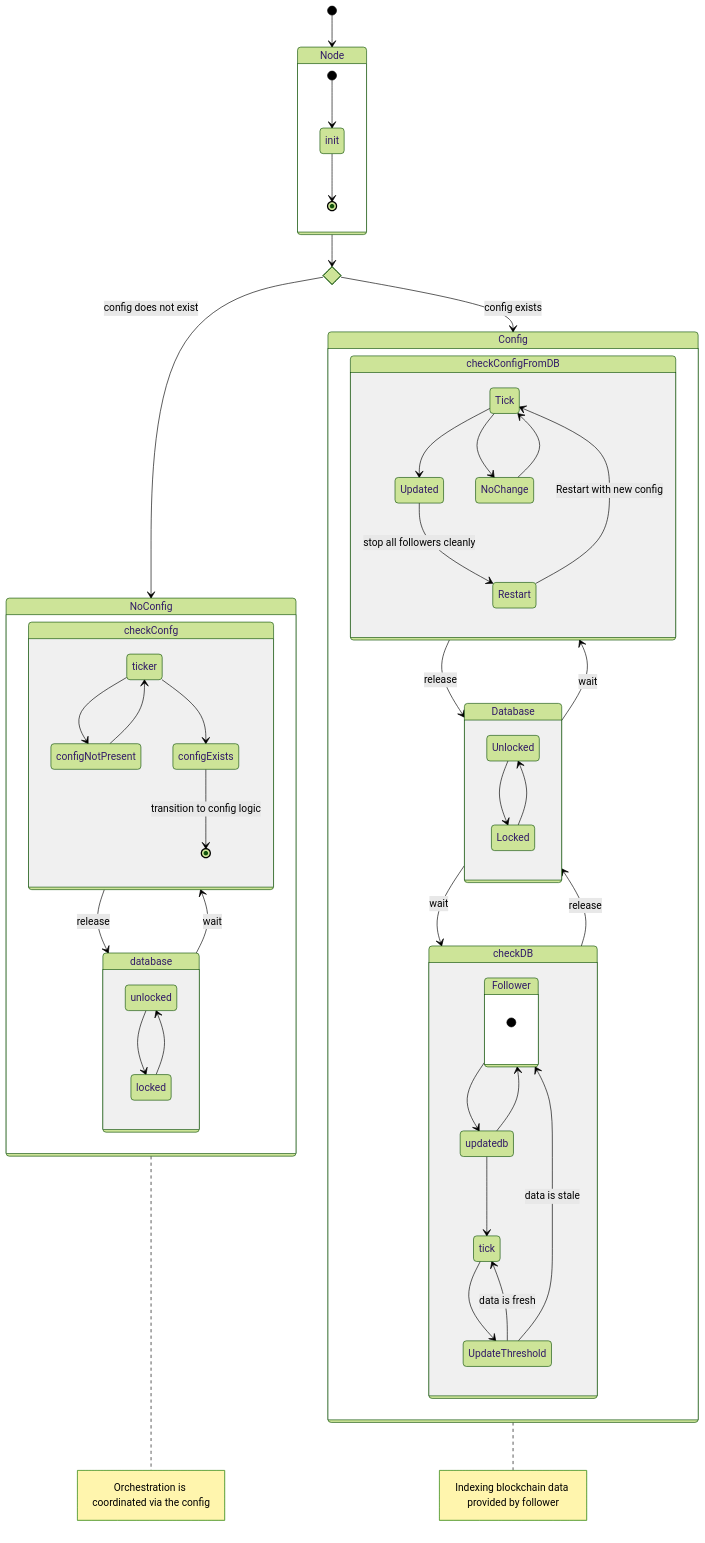
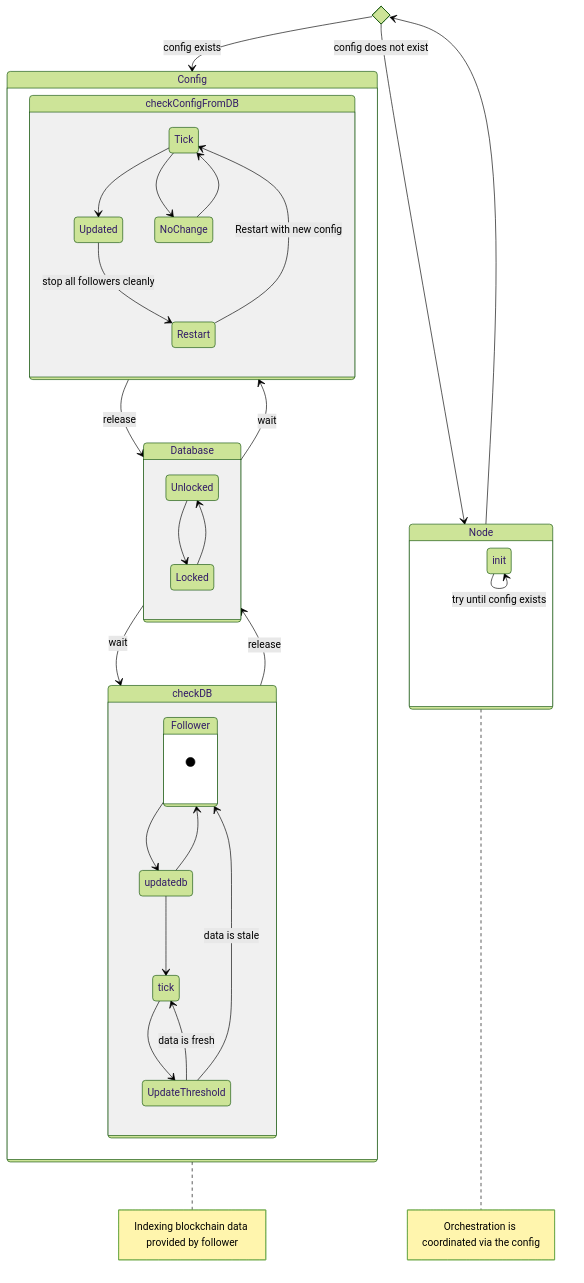
Before and after one commit to input-output-hk/catalyst-voices: the diagram in docs/src/architecture/08_concepts/gateway/mechanics.md, drawn with Mermaid (forest theme). The commit also changed other lines of this file and 2 other files, not shown here.

Commit message:
docs(skeleton for gateway follower): initial napkin sketches

````diff
--- a/docs/src/architecture/08_concepts/gateway/mechanics.md
+++ b/docs/src/architecture/08_concepts/gateway/mechanics.md
@@ -7,69 +9,53 @@
 ```mermaid
   stateDiagram-v2
     state if_state <<choice>>
-    [*] --> Node
     Node -->if_state
-    if_state --> NoConfig: config does not exist
     if_state --> Config : config exists
+    if_state --> Node: config does not exist
 
-    note right of NoConfig
-            Orchestration is coordinated via the config
-        end note
-    
+
     note right of Config
             Indexing blockchain data provided by follower
         end note
 
+    note right of Node
+            Orchestration is coordinated via the config
+        end note
+
     state Node {
-        [*] --> init
-        init --> [*]
+        init --> init: try until config exists
     }
 
     state Follower {
-        [*]  
+        [*]
     }
 
     state Config {
         checkConfigFromDB-->Database: release
         Database-->checkConfigFromDB: wait
 
         checkDB-->Database: release
         Database-->checkDB: wait
 
         State checkConfigFromDB{
             Tick --> Updated
             Tick --> NoChange: 
             Updated --> Restart: stop all followers cleanly
             Restart --> Tick: Restart with new config
             NoChange--> Tick
         }
         State checkDB{
             tick --> UpdateThreshold
             UpdateThreshold --> tick: data is fresh
             UpdateThreshold--> Follower: data is stale
             updatedb --> tick
             updatedb-->Follower
             Follower -->updatedb
         }
         state Database{
             Unlocked --> Locked
             Locked--> Unlocked
         }
     }
-    state NoConfig {
-        checkConfg-->database: release
-        database--> checkConfg: wait   
-
-        state checkConfg{
-            ticker--> configNotPresent
-            configNotPresent-->ticker
-            ticker-->configExists
-            configExists-->[*]: transition to config logic
-        }  
-
-        state database{
-            unlocked --> locked
-            locked--> unlocked
-        }   
-    }
+    
 ```
````
